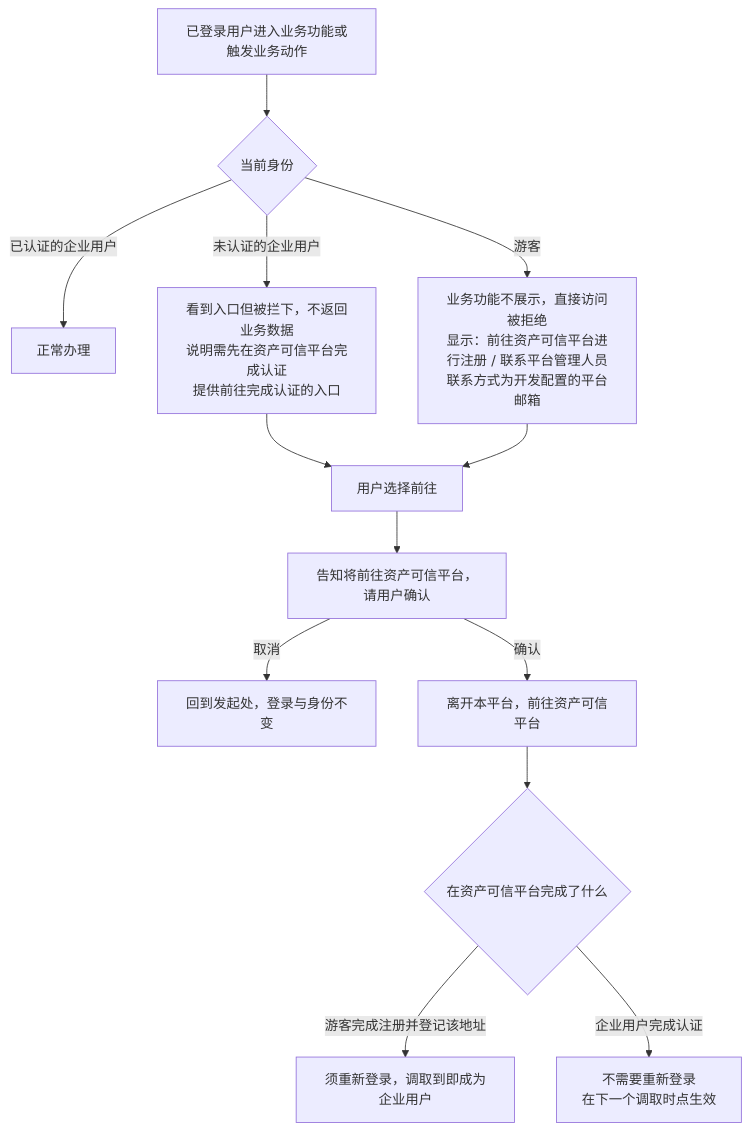
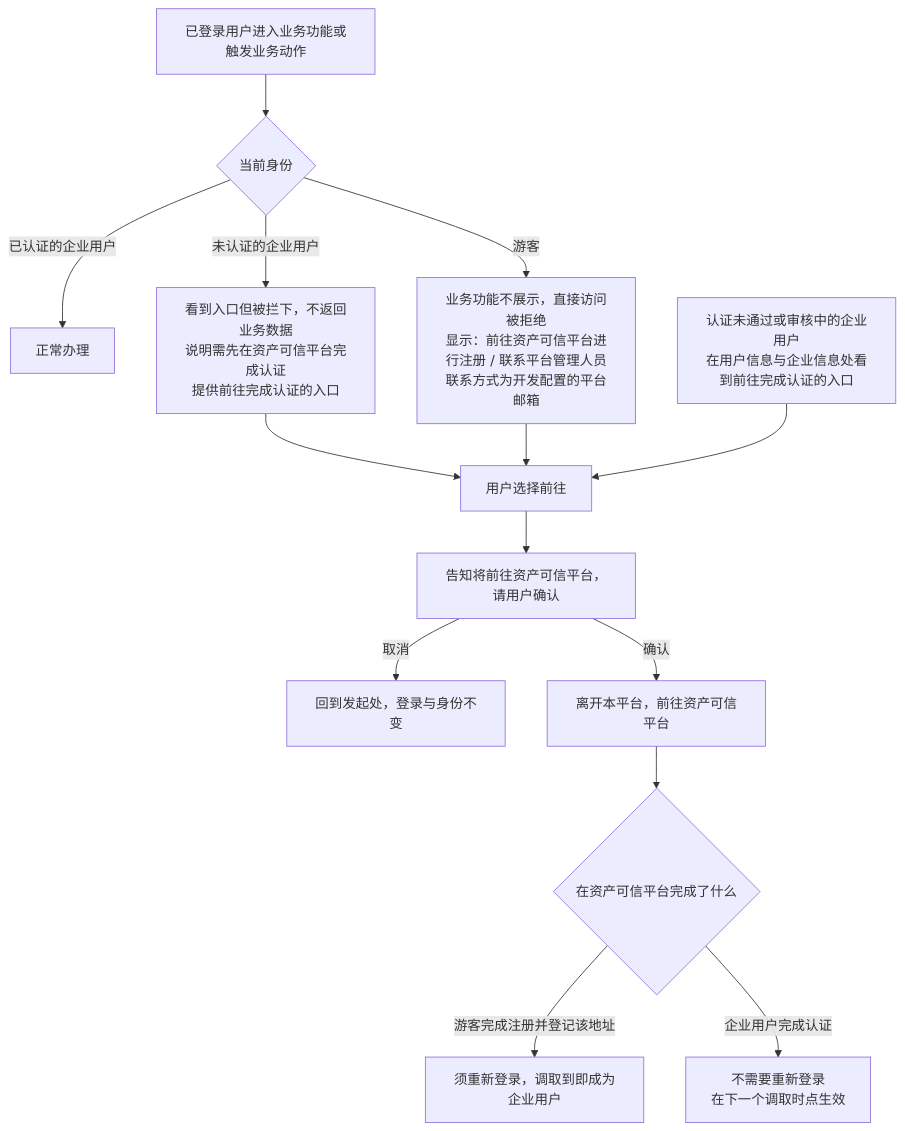
The fourth of 5 diagrams in token-issuance-platform/PRD/面客端/M1-企业登录与企业账户/02-企业登录与企业账户-流程图与状态机.md (wxblockchain/Chain-Financing), drawn with Mermaid before and after one commit. The commit also changed other lines of this file and 35 other files, not shown here.

````diff
--- a/token-issuance-platform/PRD/面客端/M1-企业登录与企业账户/02-企业登录与企业账户-流程图与状态机.md
+++ b/token-issuance-platform/PRD/面客端/M1-企业登录与企业账户/02-企业登录与企业账户-流程图与状态机.md
@@ -86,15 +86,16 @@
 ```mermaid
 flowchart TD
     A[已登录用户进入业务功能或触发业务动作] --> B{当前身份}
     B -->|已认证的企业用户| C[正常办理]
     B -->|未认证的企业用户| D[看到入口但被拦下，不返回业务数据<br/>说明需先在资产可信平台完成认证<br/>提供前往完成认证的入口]
     B -->|游客| E[业务功能不展示，直接访问被拒绝<br/>显示：前往资产可信平台进行注册 / 联系平台管理人员<br/>联系方式为开发配置的平台邮箱]
     D --> F[用户选择前往]
     E --> F
+    A2[认证未通过或审核中的企业用户<br/>在用户信息与企业信息处看到前往完成认证的入口] --> F
     F --> G[告知将前往资产可信平台，请用户确认]
     G -->|取消| H[回到发起处，登录与身份不变]
     G -->|确认| I[离开本平台，前往资产可信平台]
     I --> J{在资产可信平台完成了什么}
     J -->|游客完成注册并登记该地址| K[须重新登录，调取到即成为企业用户]
     J -->|企业用户完成认证| L[不需要重新登录<br/>在下一个调取时点生效]
 ```
````
